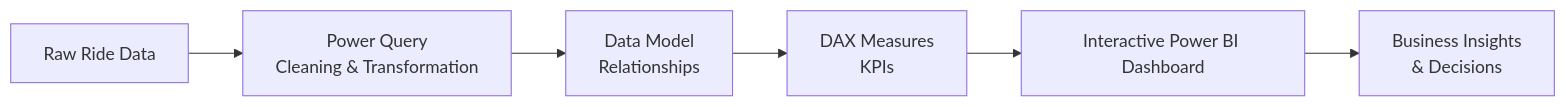
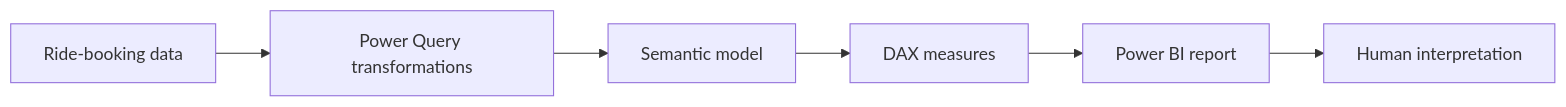
Before and after one commit to AnyalstRushi/PowerBI: the diagram in README.md, drawn with Mermaid. The commit also changed other lines of this file and 2 other files, not shown here.

Commit message:
design: add Analyst Rushi mobility showcase and Power BI theme

````diff
--- a/README.md
+++ b/README.md
@@ -41,12 +25,8 @@
 ```mermaid
 flowchart LR
-A[Raw Ride Data] --> B[Power Query
-Cleaning & Transformation]
-B --> C[Data Model
-Relationships]
-C --> D[DAX Measures
-KPIs]
-D --> E[Interactive Power BI Dashboard]
-E --> F[Business Insights
-& Decisions]
+ A[Ride-booking data] --> B[Power Query transformations]
+ B --> C[Semantic model]
+ C --> D[DAX measures]
+ D --> E[Power BI report]
+ E --> F[Human interpretation]
 ```
````
